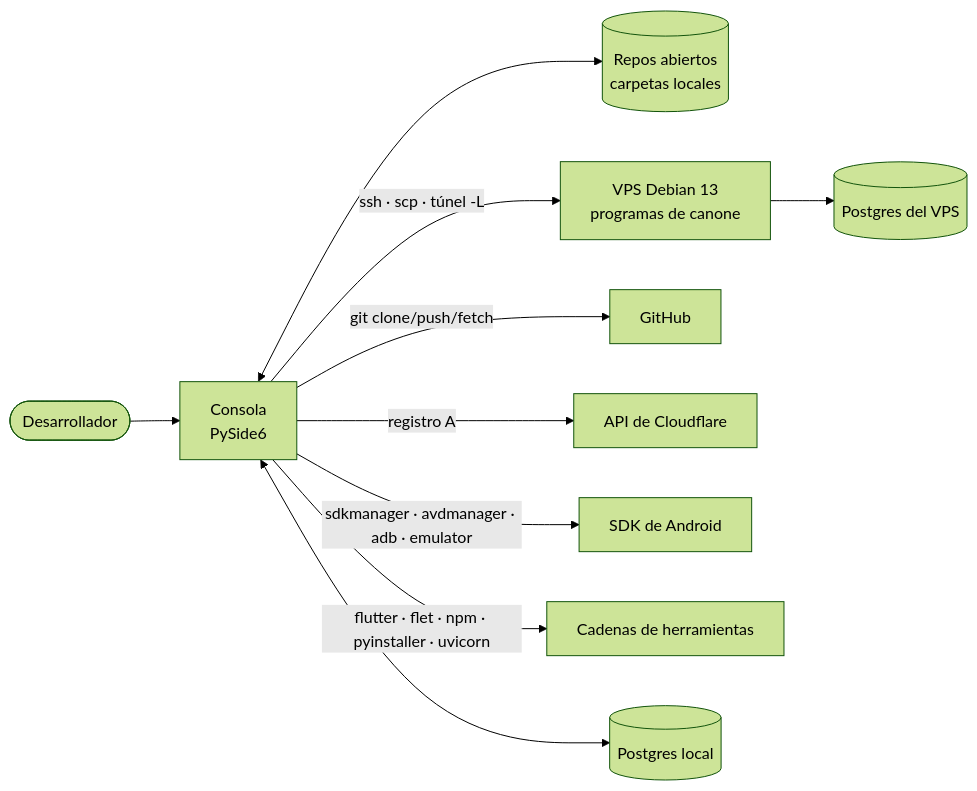
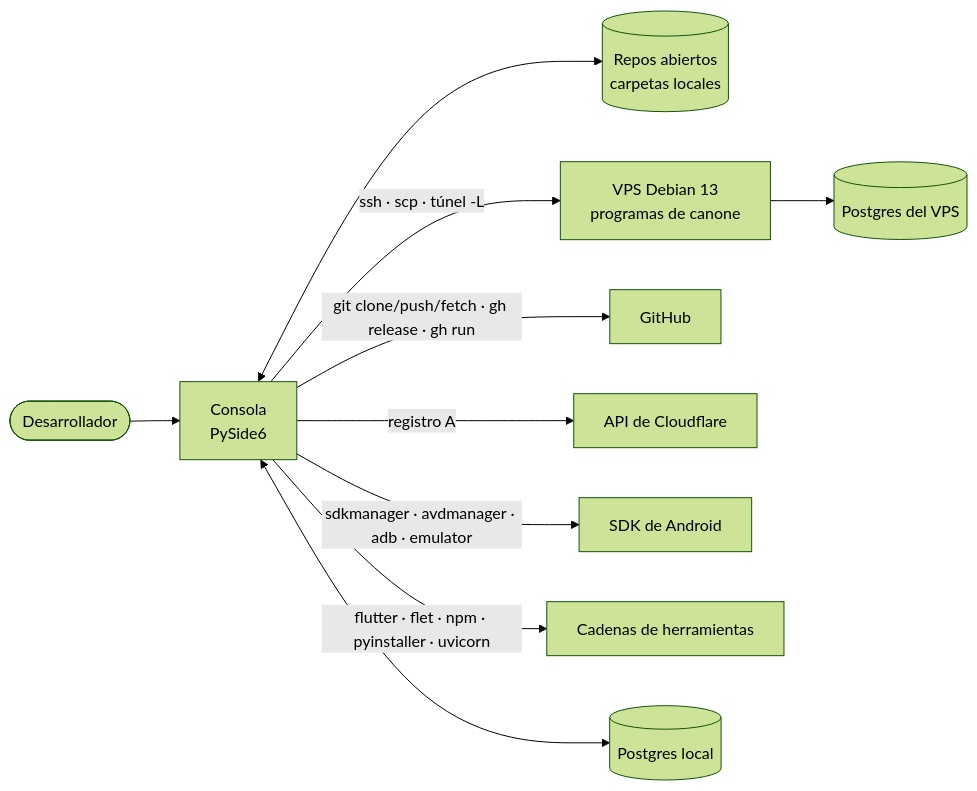
The diagram in docs/arquitectura/01_contexto.md (equipaggioe/consola), drawn with Mermaid (forest theme) before and after one commit. The commit also changed other lines of this file and 15 other files, not shown here.

````diff
--- a/docs/arquitectura/01_contexto.md
+++ b/docs/arquitectura/01_contexto.md
@@ -39,12 +39,12 @@
 ```mermaid
 flowchart LR
     U([Desarrollador]) --> C[Consola<br/>PySide6]
     C <--> REPO[(Repos abiertos<br/>carpetas locales)]
     C -- "ssh · scp · túnel -L" --> VPS[VPS Debian 13<br/>programas de canone]
     VPS --> PG[(Postgres del VPS)]
-    C -- "git clone/push/fetch" --> GH[GitHub]
+    C -- "git clone/push/fetch · gh release · gh run" --> GH[GitHub]
     C -- "registro A" --> CF[API de Cloudflare]
     C -- "sdkmanager · avdmanager · adb · emulator" --> SDK[SDK de Android]
     C -- "flutter · flet · npm · pyinstaller · uvicorn" --> TOOLS[Cadenas de herramientas]
     C <--> PGL[(Postgres local)]
 ```
````
